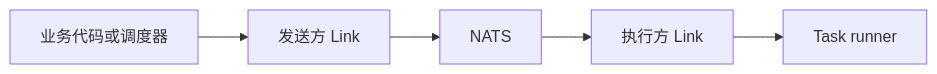
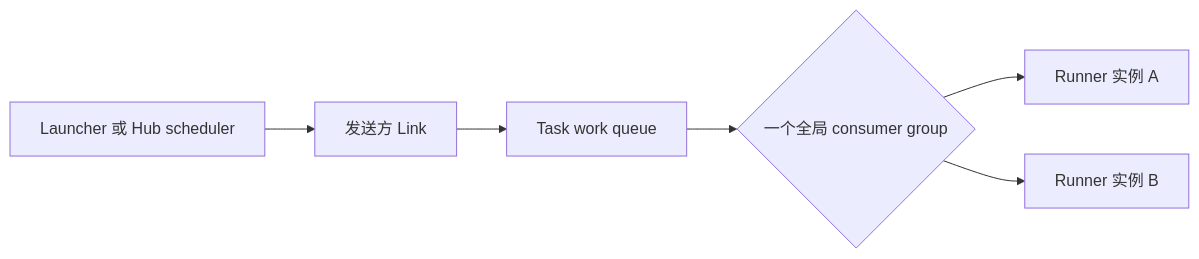
The second of 2 diagrams in i18n/zh-CN/docusaurus-plugin-content-docs/current/framework/event-task.md (yorun-ai/vine-site), drawn with Mermaid before and after one commit. The commit also changed other lines of this file and 95 other files, not shown here.

````diff
--- a/i18n/zh-CN/docusaurus-plugin-content-docs/current/framework/event-task.md
+++ b/i18n/zh-CN/docusaurus-plugin-content-docs/current/framework/event-task.md
@@ -109,4 +188,7 @@
 ```mermaid
 flowchart LR
-  Launcher["业务代码或调度器"] --> LinkA["发送方 Link"] --> NATS["NATS"] --> LinkB["执行方 Link"] --> Runner["Task runner"]
+  Source["Launcher 或 Hub scheduler"] --> SenderLink["发送方 Link"] --> Stream["Task work queue"]
+  Stream --> Choice{"一个全局 consumer group"}
+  Choice --> RunnerA["Runner 实例 A"]
+  Choice --> RunnerB["Runner 实例 B"]
 ```
````
